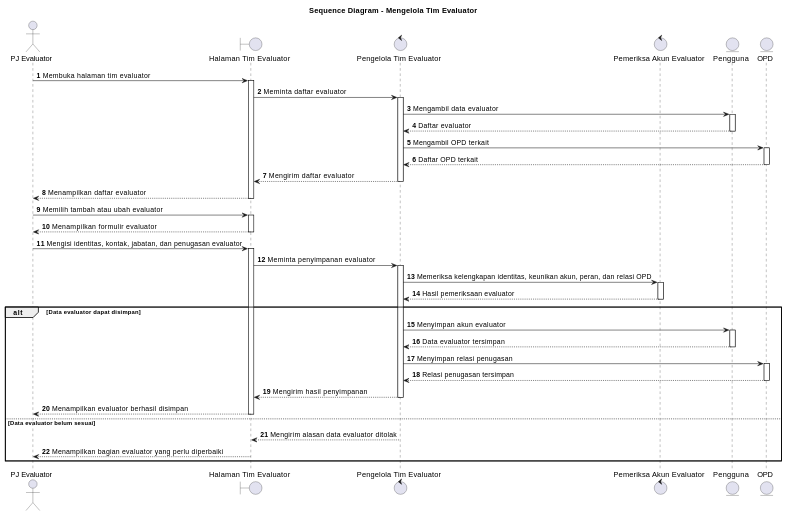
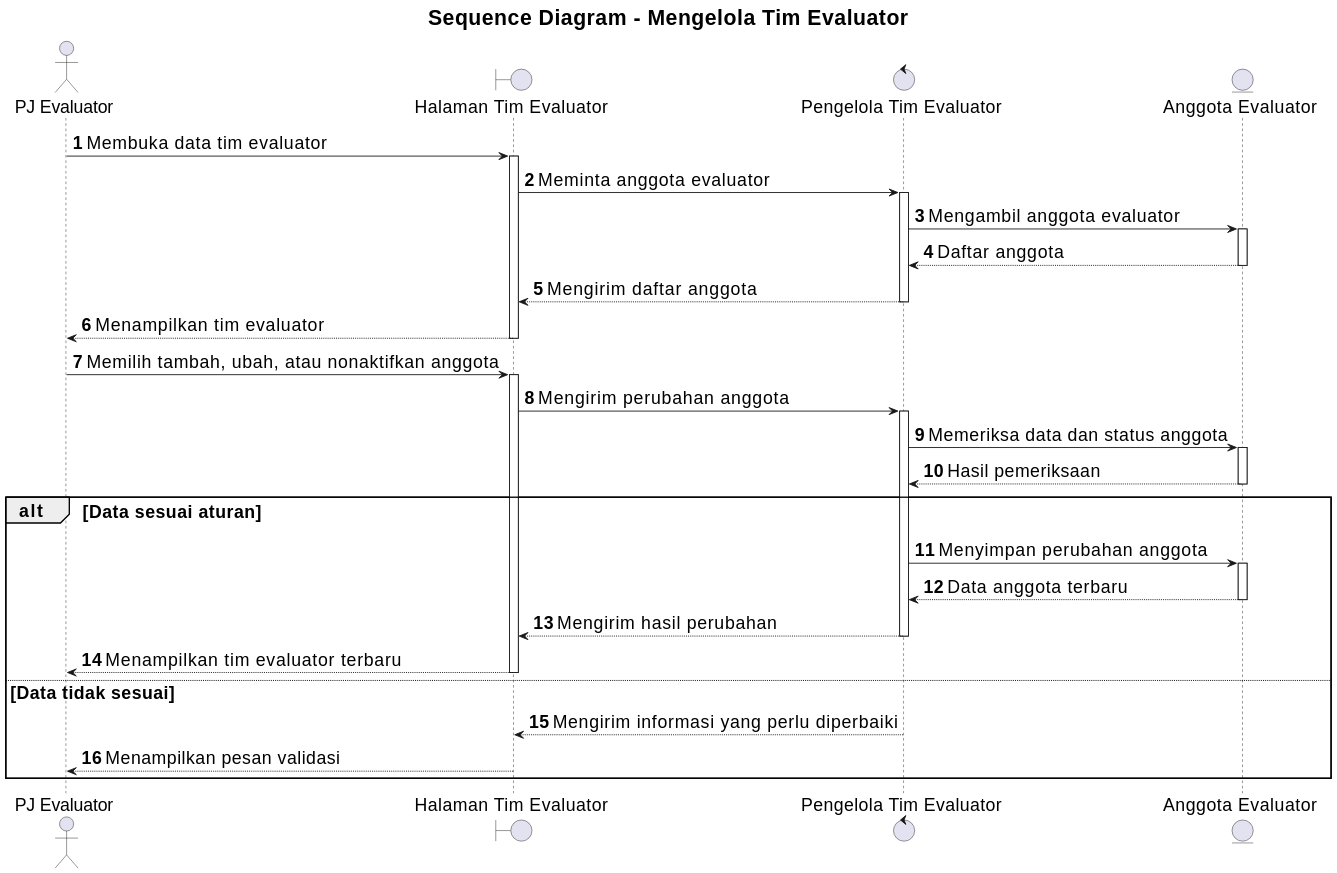
Before and after one commit to howlil/sop-generate-app: the diagram in docs/sequence/lampiran/pj-evaluator-mengelola-tim-evaluator.md, drawn with PlantUML. The commit also changed other lines of this file and 20 other files, not shown here.

Commit message:
docs(sequence): align all sequence diagrams with use cases

````diff
--- a/docs/sequence/lampiran/pj-evaluator-mengelola-tim-evaluator.md
+++ b/docs/sequence/lampiran/pj-evaluator-mengelola-tim-evaluator.md
@@ -16,42 +16,39 @@
 ```plantuml
 @startuml
+skinparam defaultFontSize 20
+skinparam titleFontSize 24
+skinparam dpi 160
+
 title Sequence Diagram - Mengelola Tim Evaluator
 autonumber
 autoactivate on
 
 actor "PJ Evaluator" as A
 boundary "Halaman Tim Evaluator" as B
 control "Pengelola Tim Evaluator" as C
-control "Pemeriksa Akun Evaluator" as D
-entity "Pengguna" as Pengguna
-entity "OPD" as OPD
+entity "Anggota Evaluator" as D
 
-A -> B : Membuka halaman tim evaluator
-B -> C : Meminta daftar evaluator
-C -> Pengguna : Mengambil data evaluator
-Pengguna --> C : Daftar evaluator
-C -> OPD : Mengambil OPD terkait
-OPD --> C : Daftar OPD terkait
-C --> B : Mengirim daftar evaluator
-B --> A : Menampilkan daftar evaluator
+A -> B : Membuka data tim evaluator
+B -> C : Meminta anggota evaluator
+C -> D : Mengambil anggota evaluator
+D --> C : Daftar anggota
+C --> B : Mengirim daftar anggota
+B --> A : Menampilkan tim evaluator
 
-A -> B : Memilih tambah atau ubah evaluator
-B --> A : Menampilkan formulir evaluator
-A -> B : Mengisi identitas, kontak, jabatan, dan penugasan evaluator
-B -> C : Meminta penyimpanan evaluator
-C -> D : Memeriksa kelengkapan identitas, keunikan akun, peran, dan relasi OPD
-D --> C : Hasil pemeriksaan evaluator
-alt Data evaluator dapat disimpan
-  C -> Pengguna : Menyimpan akun evaluator
-  Pengguna --> C : Data evaluator tersimpan
-  C -> OPD : Menyimpan relasi penugasan
-  OPD --> C : Relasi penugasan tersimpan
-  C --> B : Mengirim hasil penyimpanan
-  B --> A : Menampilkan evaluator berhasil disimpan
-else Data evaluator belum sesuai
-  C --> B : Mengirim alasan data evaluator ditolak
-  B --> A : Menampilkan bagian evaluator yang perlu diperbaiki
+A -> B : Memilih tambah, ubah, atau nonaktifkan anggota
+B -> C : Mengirim perubahan anggota
+C -> D : Memeriksa data dan status anggota
+D --> C : Hasil pemeriksaan
+
+alt Data sesuai aturan
+  C -> D : Menyimpan perubahan anggota
+  D --> C : Data anggota terbaru
+  C --> B : Mengirim hasil perubahan
+  B --> A : Menampilkan tim evaluator terbaru
+else Data tidak sesuai
+  C --> B : Mengirim informasi yang perlu diperbaiki
+  B --> A : Menampilkan pesan validasi
 end
 
 @enduml
 ```
````
